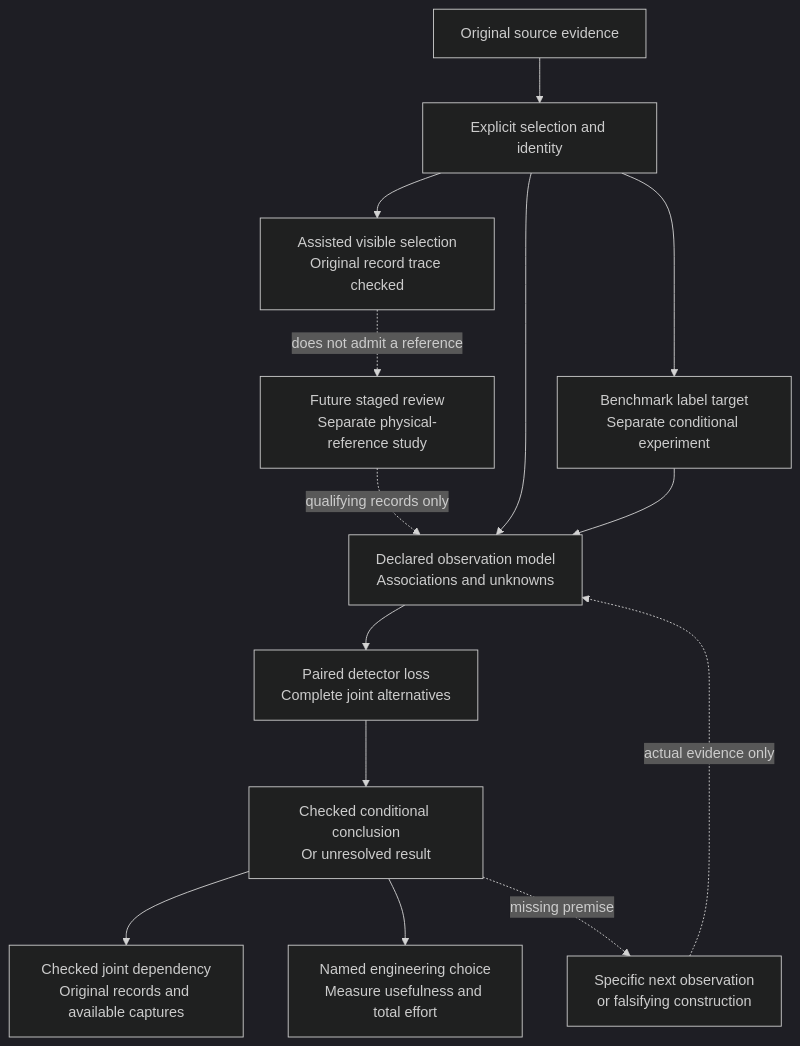
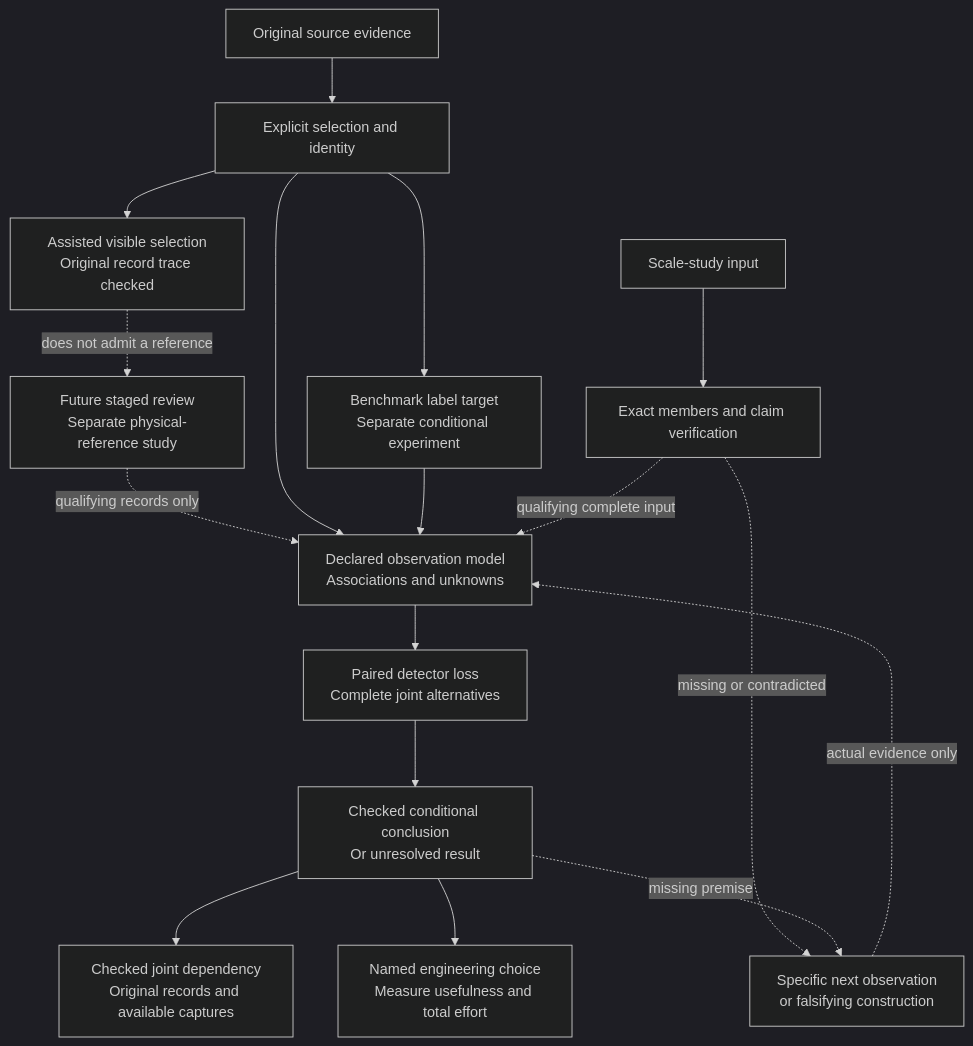
One commit to manfromnowhere143/reiyah changed the first of 2 diagrams in docs/ENGINE_ROADMAP_2026-09-13.md. Above: the diagram before and after it, drawn with Mermaid (dark theme). The commit also changed other lines of this file and 8 other files, not shown here.

Commit message:
Check scale-study search claims against joint deletion counterexamples

````diff
--- a/docs/ENGINE_ROADMAP_2026-09-13.md
+++ b/docs/ENGINE_ROADMAP_2026-09-13.md
@@ -37,16 +38,19 @@
 ```mermaid
 flowchart TB
   O["Original source evidence"] --> I["Explicit selection and identity"]
   I --> S["Assisted visible selection<br/>Original record trace checked"]
   S -. "does not admit a reference" .-> H["Future staged review<br/>Separate physical-reference study"]
   H -. "qualifying records only" .-> M
   I --> M["Declared observation model<br/>Associations and unknowns"]
   I --> B["Benchmark label target<br/>Separate conditional experiment"]
   B --> M
   M --> D["Paired detector loss<br/>Complete joint alternatives"]
   D --> C["Checked conditional conclusion<br/>Or unresolved result"]
   C --> T["Checked joint dependency<br/>Original records and available captures"]
+  P["Scale-study input"] --> J["Exact members and claim verification"]
+  J -. "missing or contradicted" .-> Q
+  J -. "qualifying complete input" .-> M
   C --> U["Named engineering choice<br/>Measure usefulness and total effort"]
   C -. "missing premise" .-> Q["Specific next observation<br/>or falsifying construction"]
   Q -. "actual evidence only" .-> M
 ```
````
